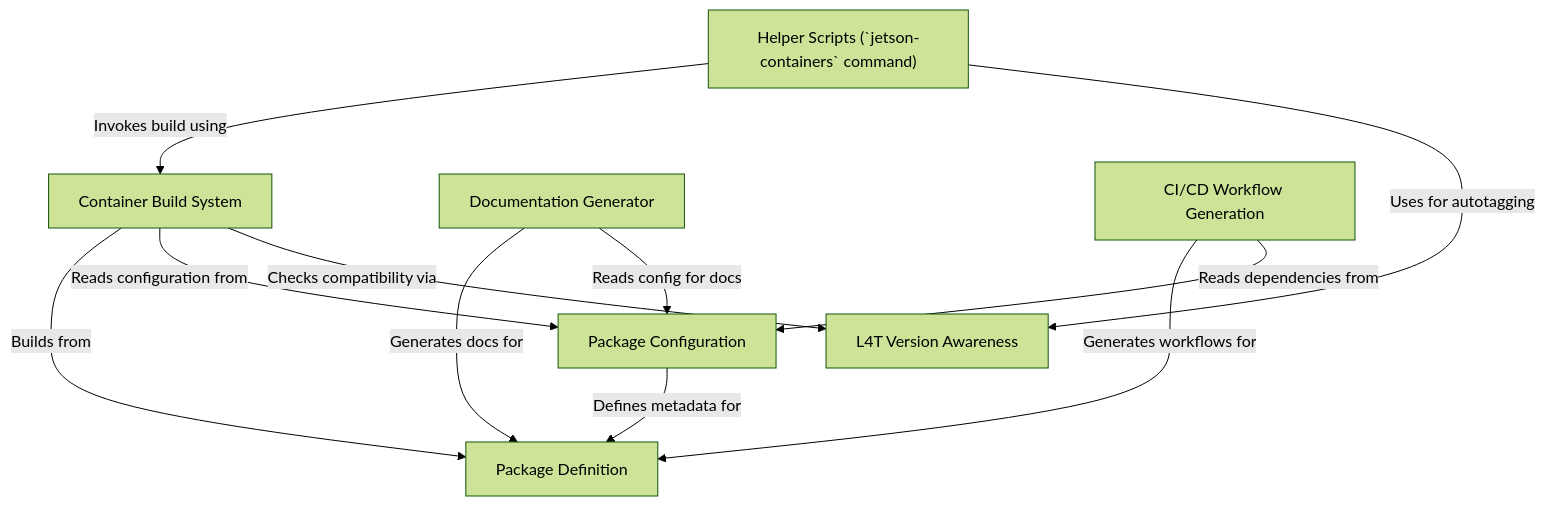
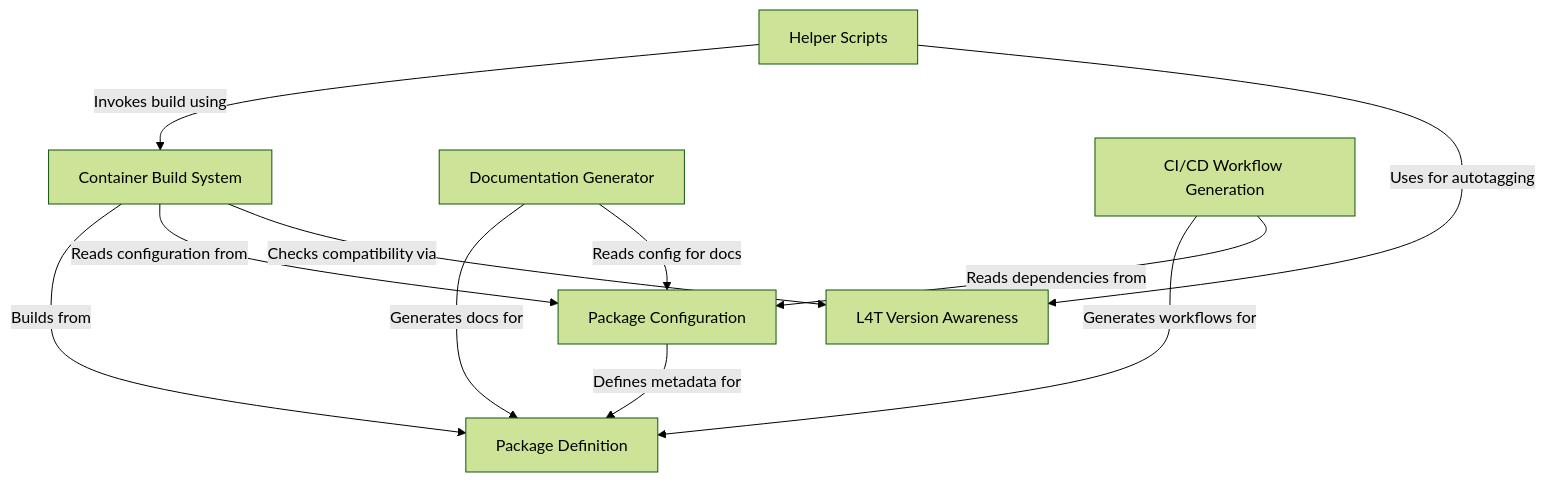
One commit to chitoku/jetson-containers-tutorial changed the diagram in docs/index.md. Above: the diagram before and after it, drawn with Mermaid (forest theme). The commit also changed other lines of this file, not shown here.

Commit message:
Fix mermaid diagram formatting

````diff
--- a/docs/index.md
+++ b/docs/index.md
@@ -29,27 +29,21 @@
 ```mermaid
 flowchart TD
-    A0["Package Definition
-"]
-    A1["Package Configuration
-"]
-    A2["Container Build System
-"]
-    A3["L4T Version Awareness
-"]
-    A4["Helper Scripts (`jetson-containers` command)
-"]
-    A5["Documentation Generator
-"]
-    A6["CI/CD Workflow Generation
-"]
-    A1 -- "Defines metadata for" --> A0
-    A2 -- "Builds from" --> A0
-    A2 -- "Reads configuration from" --> A1
-    A2 -- "Checks compatibility via" --> A3
-    A4 -- "Invokes build using" --> A2
-    A4 -- "Uses for autotagging" --> A3
-    A5 -- "Generates docs for" --> A0
-    A5 -- "Reads config for docs" --> A1
-    A6 -- "Generates workflows for" --> A0
-    A6 -- "Reads dependencies from" --> A1
+    A0["Package Definition"]
+    A1["Package Configuration"]
+    A2["Container Build System"]
+    A3["L4T Version Awareness"]
+    A4["Helper Scripts"]
+    A5["Documentation Generator"]
+    A6["CI/CD Workflow Generation"]
+
+    A1 -->|"Defines metadata for"| A0
+    A2 -->|"Builds from"| A0
+    A2 -->|"Reads configuration from"| A1
+    A2 -->|"Checks compatibility via"| A3
+    A4 -->|"Invokes build using"| A2
+    A4 -->|"Uses for autotagging"| A3
+    A5 -->|"Generates docs for"| A0
+    A5 -->|"Reads config for docs"| A1
+    A6 -->|"Generates workflows for"| A0
+    A6 -->|"Reads dependencies from"| A1
 ```
````
